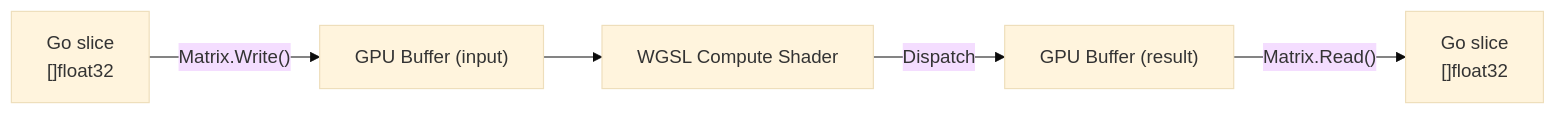
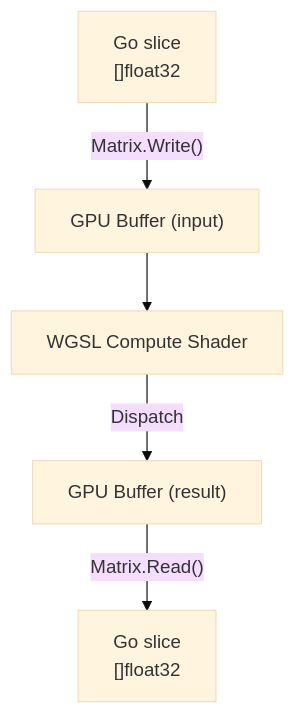
The diagram in README.md (KEINOS/go-wgpu-mat), drawn with Mermaid (base theme) before and after one commit. The commit also changed other lines of this file and 11 other files, not shown here.

````diff
--- a/README.md
+++ b/README.md
@@ -32,8 +32,8 @@
 ```mermaid
-flowchart LR
+flowchart TB
     A["Go slice\n[]float32"]
     A -->|"Matrix.Write()"| B["GPU Buffer (input)"]
     B --> C["WGSL Compute Shader"]
     C -->|"Dispatch"| D["GPU Buffer (result)"]
     D -->|"Matrix.Read()"| E["Go slice\n[]float32"]
 ```
````
